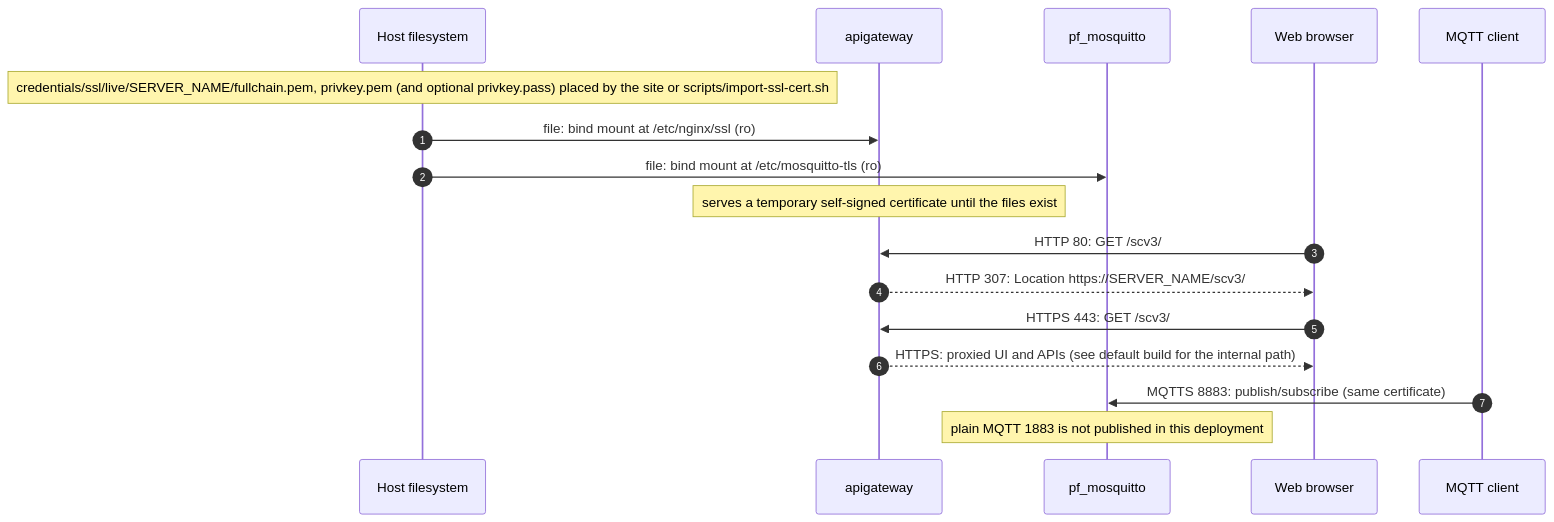
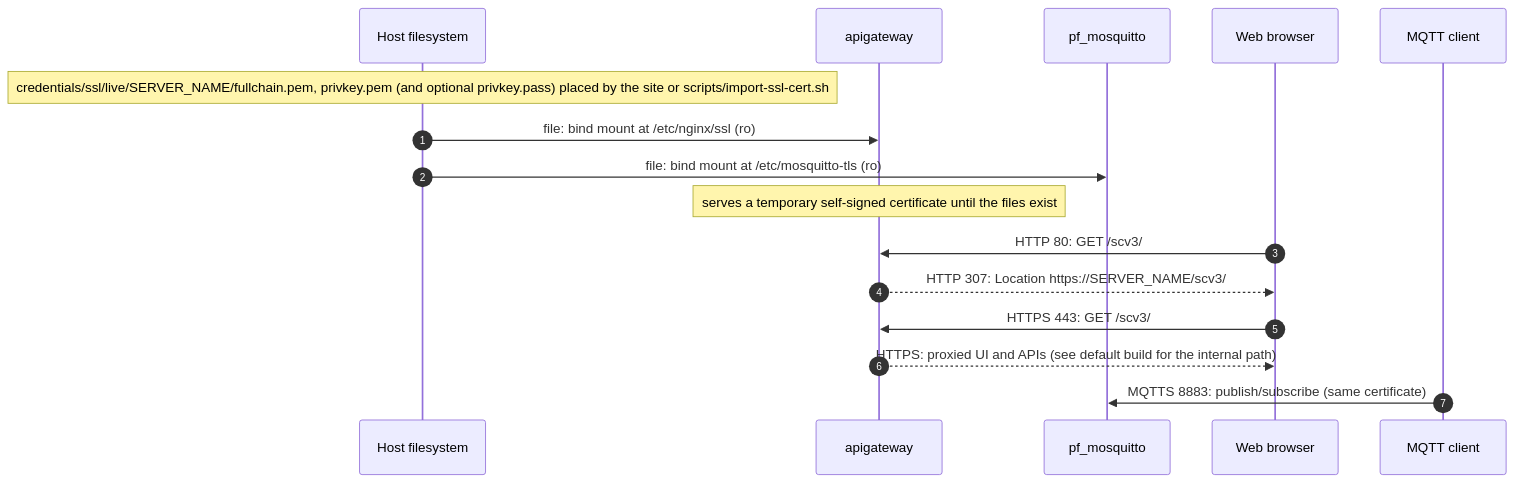
One commit to pacefactory/deployment-scripts changed the third of 3 diagrams in docs/architecture/reference-deployments/https-cert-file/README.md. Above: the diagram before and after it, drawn with Mermaid. The commit also changed other lines of this file and 133 other files, not shown here.

````diff
--- a/docs/architecture/reference-deployments/https-cert-file/README.md
+++ b/docs/architecture/reference-deployments/https-cert-file/README.md
@@ -400,19 +405,18 @@
 ```mermaid
 sequenceDiagram
   autonumber
   participant ext_host_fs as Host filesystem
   participant apigateway
   participant pf_mosquitto
   participant ext_web_clients as Web browser
   participant ext_mqtt_clients as MQTT client
   Note over ext_host_fs: credentials/ssl/live/SERVER_NAME/fullchain.pem, privkey.pem (and optional privkey.pass) placed by the site or scripts/import-ssl-cert.sh
   ext_host_fs->>apigateway: file: bind mount at /etc/nginx/ssl (ro)
   ext_host_fs->>pf_mosquitto: file: bind mount at /etc/mosquitto-tls (ro)
   Note over apigateway: serves a temporary self-signed certificate until the files exist
   ext_web_clients->>apigateway: HTTP 80: GET /scv3/
   apigateway-->>ext_web_clients: HTTP 307: Location https://SERVER_NAME/scv3/
   ext_web_clients->>apigateway: HTTPS 443: GET /scv3/
   apigateway-->>ext_web_clients: HTTPS: proxied UI and APIs (see default build for the internal path)
   ext_mqtt_clients->>pf_mosquitto: MQTTS 8883: publish/subscribe (same certificate)
-  Note over pf_mosquitto: plain MQTT 1883 is not published in this deployment
 ```
````
